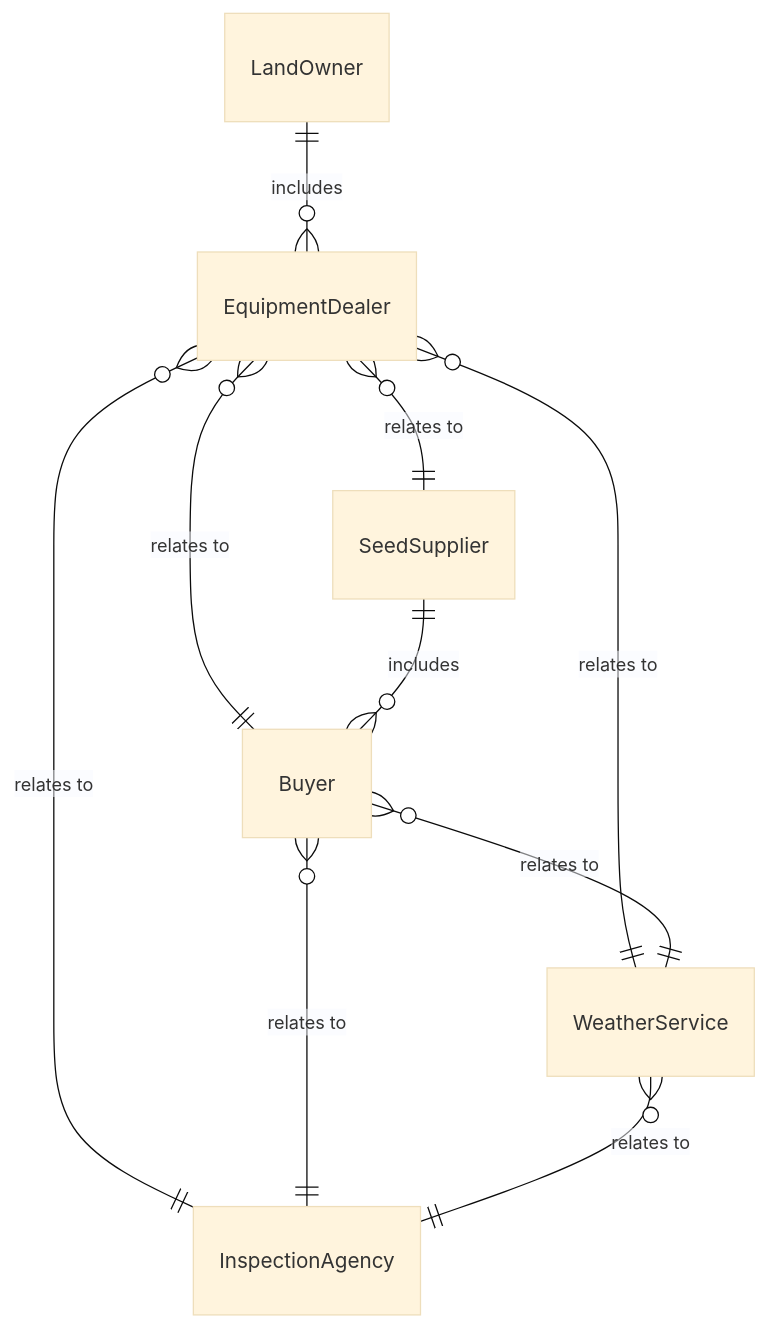
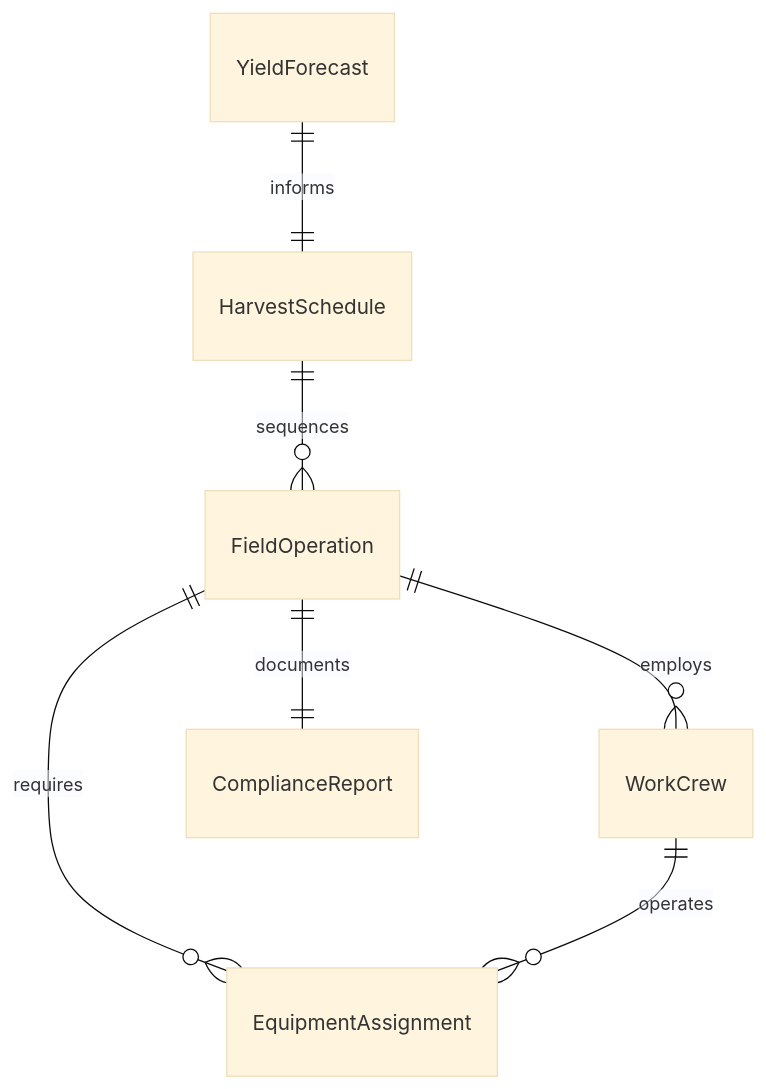
One commit to dot-org-ai/tasks.org.ai changed the first of 4 diagrams in GuidingDirectingAndMotivatingSubordinates/ManageAgriculturalOrForestryOperations/CoordinateForestryAgriculturalActivities.mdx. Above: the diagram before and after it, drawn with Mermaid (base theme). The commit also changed other lines of this file and 515 other files, not shown here.

````diff
--- a/GuidingDirectingAndMotivatingSubordinates/ManageAgriculturalOrForestryOperations/CoordinateForestryAgriculturalActivities.mdx
+++ b/GuidingDirectingAndMotivatingSubordinates/ManageAgriculturalOrForestryOperations/CoordinateForestryAgriculturalActivities.mdx
@@ -89,12 +89,9 @@
 ```mermaid
 erDiagram
-    LandOwner ||--o{ EquipmentDealer : includes
-    EquipmentDealer }o--|| SeedSupplier : "relates to"
-    EquipmentDealer }o--|| Buyer : "relates to"
-    EquipmentDealer }o--|| WeatherService : "relates to"
-    EquipmentDealer }o--|| InspectionAgency : "relates to"
-    SeedSupplier ||--o{ Buyer : includes
-    Buyer }o--|| WeatherService : "relates to"
-    Buyer }o--|| InspectionAgency : "relates to"
-    WeatherService }o--|| InspectionAgency : "relates to"
+    FieldOperation ||--o{ WorkCrew : "employs"
+    FieldOperation ||--o{ EquipmentAssignment : "requires"
+    HarvestSchedule ||--o{ FieldOperation : "sequences"
+    FieldOperation ||--|| ComplianceReport : "documents"
+    YieldForecast ||--|| HarvestSchedule : "informs"
+    WorkCrew ||--o{ EquipmentAssignment : "operates"
 ```
````
